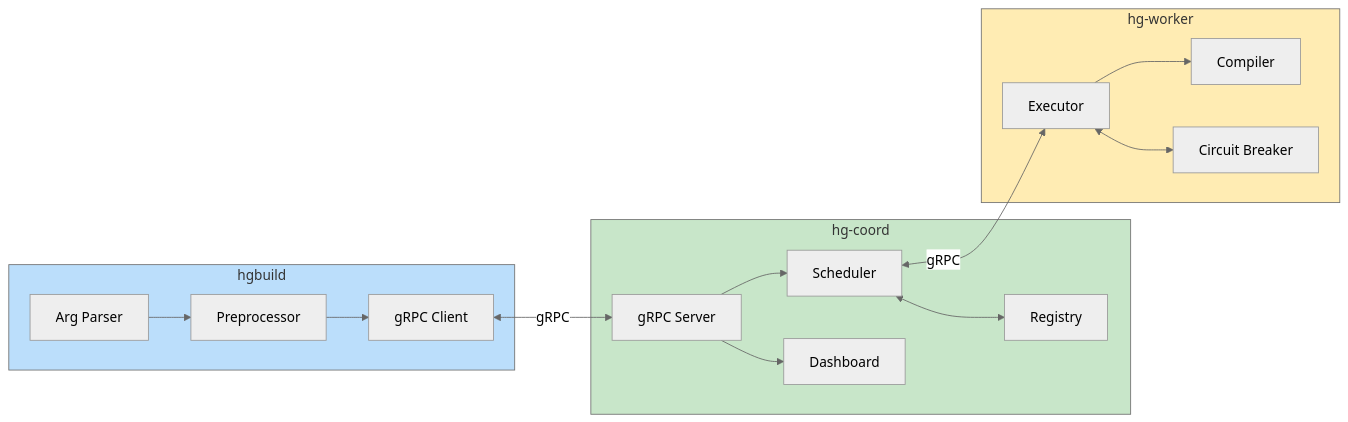
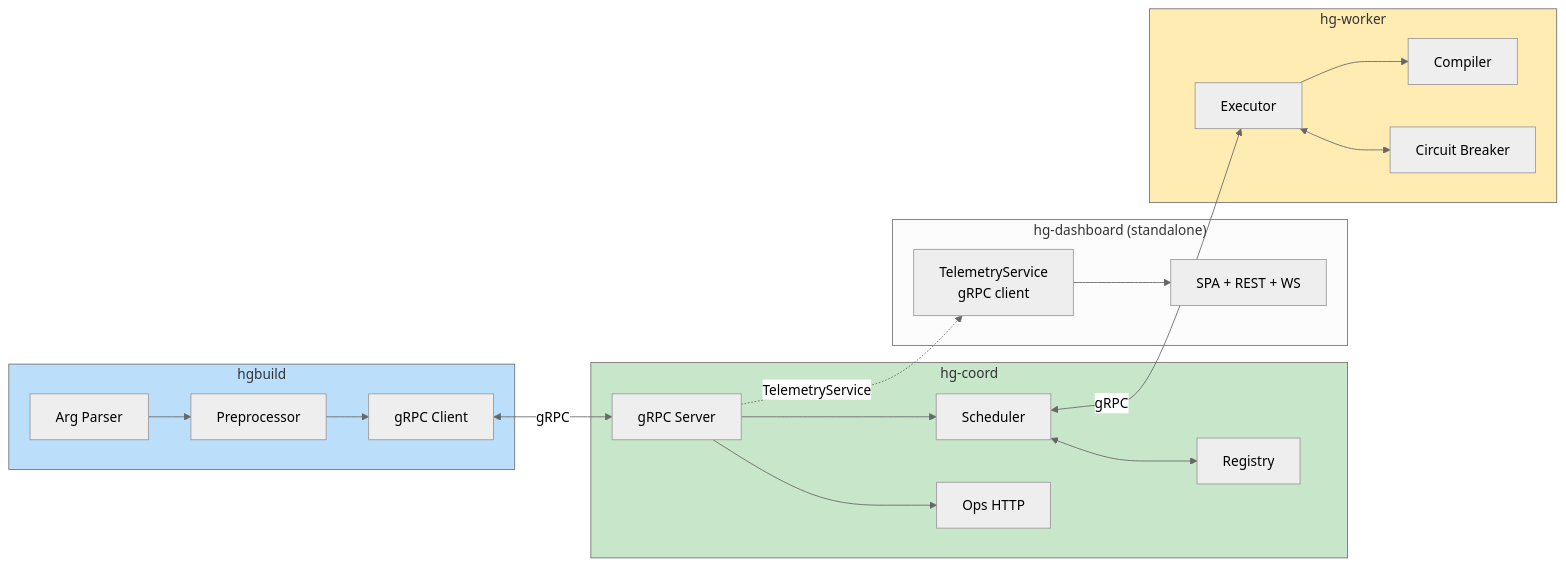
One commit to hybrid-grid/hybridgrid changed the tenth of 12 diagrams in docs/architecture-diagrams.md. Above: the diagram before and after it, drawn with Mermaid (neutral theme). The commit also changed other lines of this file and 13 other files, not shown here.

Commit message:
docs: document standalone hg-dashboard deployment

````diff
--- a/docs/architecture-diagrams.md
+++ b/docs/architecture-diagrams.md
@@ -310,35 +317,41 @@
 ```mermaid
 graph LR
     subgraph CLI["hgbuild"]
         PARSE[Arg Parser]
         PP[Preprocessor]
         CLIENT[gRPC Client]
     end
 
     subgraph Coord["hg-coord"]
         SERVER[gRPC Server]
         SCHED[Scheduler]
         REG[Registry]
-        DASH[Dashboard]
+        OPS[Ops HTTP]
+    end
+
+    subgraph Dash["hg-dashboard (standalone)"]
+        TELEMC[TelemetryService<br/>gRPC client]
+        UI2[SPA + REST + WS]
     end
 
     subgraph Worker["hg-worker"]
         EXEC[Executor]
         COMP[Compiler]
         CB[Circuit Breaker]
     end
 
     PARSE --> PP --> CLIENT
     CLIENT <-->|gRPC| SERVER
     SERVER --> SCHED
     SCHED <--> REG
-    SERVER --> DASH
-
+    SERVER --> OPS
+    SERVER -.->|"TelemetryService"| TELEMC
+    TELEMC --> UI2
     SCHED <-->|gRPC| EXEC
     EXEC --> COMP
     EXEC <--> CB
 
     style CLI fill:#bbdefb
     style Coord fill:#c8e6c9
     style Worker fill:#ffecb3
 ```
````
